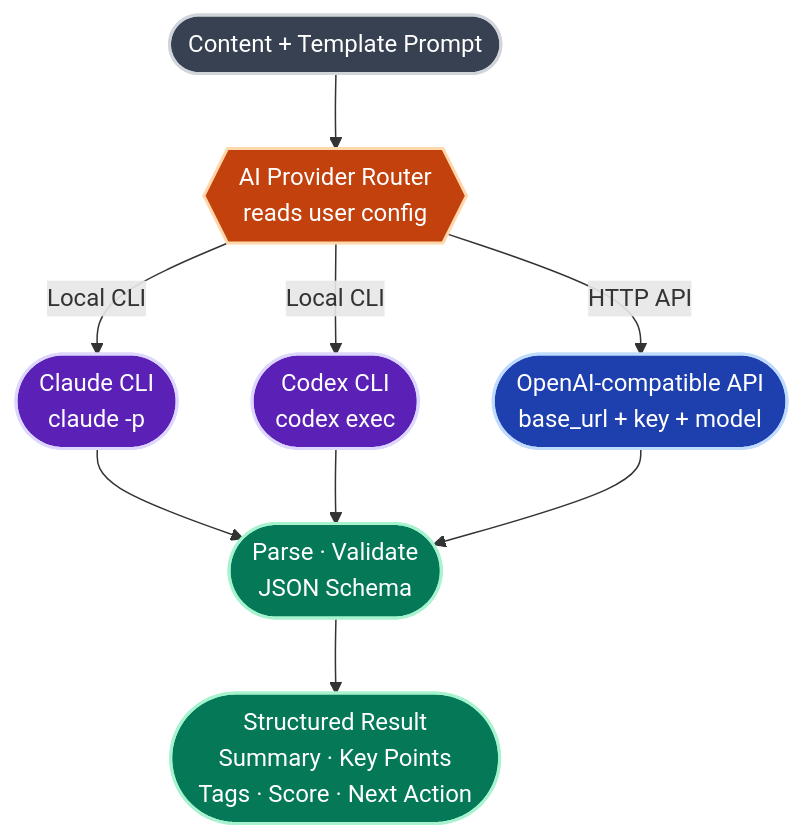
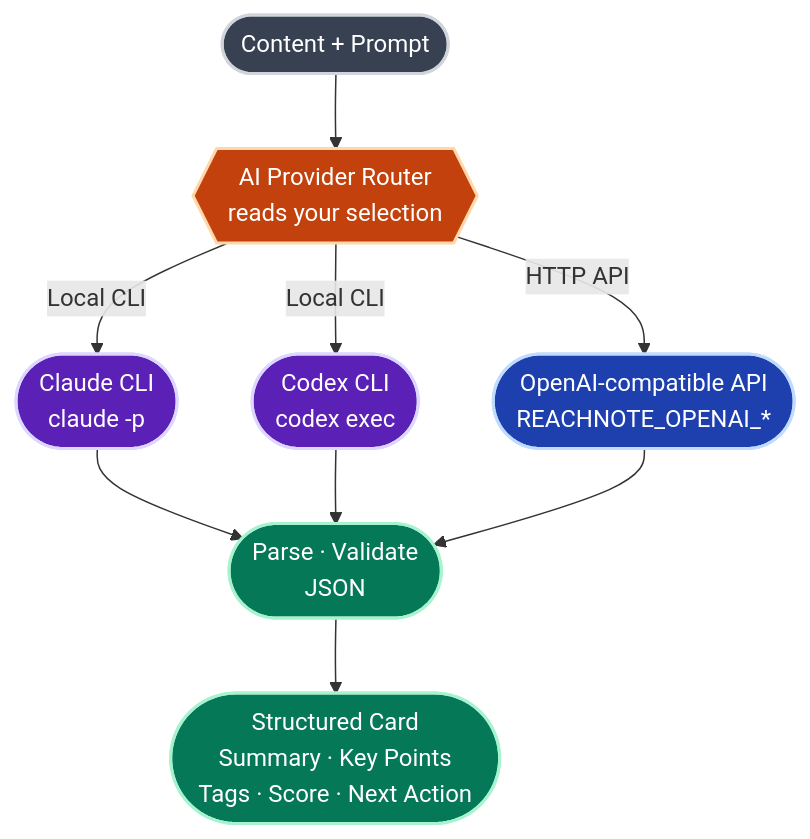
The third of 5 diagrams in README.md (AliceDel66/ReachNote), drawn with Mermaid before and after one commit. The commit also changed other lines of this file and 46 other files, not shown here.

````diff
--- a/README.md
+++ b/README.md
@@ -159,21 +180,21 @@
 ```mermaid
 flowchart TB
     classDef io fill:#374151,stroke:#d1d5db,stroke-width:2px,color:#fff
     classDef router fill:#c2410c,stroke:#fed7aa,stroke-width:2px,color:#fff
     classDef local fill:#5b21b6,stroke:#ddd6fe,stroke-width:2px,color:#fff
     classDef api fill:#1e40af,stroke:#bfdbfe,stroke-width:2px,color:#fff
     classDef out fill:#047857,stroke:#a7f3d0,stroke-width:2px,color:#fff
 
-    Req(["Content + Template Prompt"]):::io
-    Req --> Router{{"AI Provider Router<br/>reads user config"}}:::router
+    Req(["Content + Prompt"]):::io
+    Req --> Router{{"AI Provider Router<br/>reads your selection"}}:::router
 
     Router -->|Local CLI| Claude(["Claude CLI<br/>claude -p"]):::local
     Router -->|Local CLI| Codex(["Codex CLI<br/>codex exec"]):::local
-    Router -->|HTTP API| OpenAI(["OpenAI-compatible API<br/>base_url + key + model"]):::api
+    Router -->|HTTP API| OpenAI(["OpenAI-compatible API<br/>REACHNOTE_OPENAI_*"]):::api
 
-    Claude --> Parse(["Parse · Validate<br/>JSON Schema"]):::out
+    Claude --> Parse(["Parse · Validate<br/>JSON"]):::out
     Codex --> Parse
     OpenAI --> Parse
 
-    Parse --> Result(["Structured Result<br/>Summary · Key Points<br/>Tags · Score · Next Action"]):::out
+    Parse --> Result(["Structured Card<br/>Summary · Key Points<br/>Tags · Score · Next Action"]):::out
 ```
````
